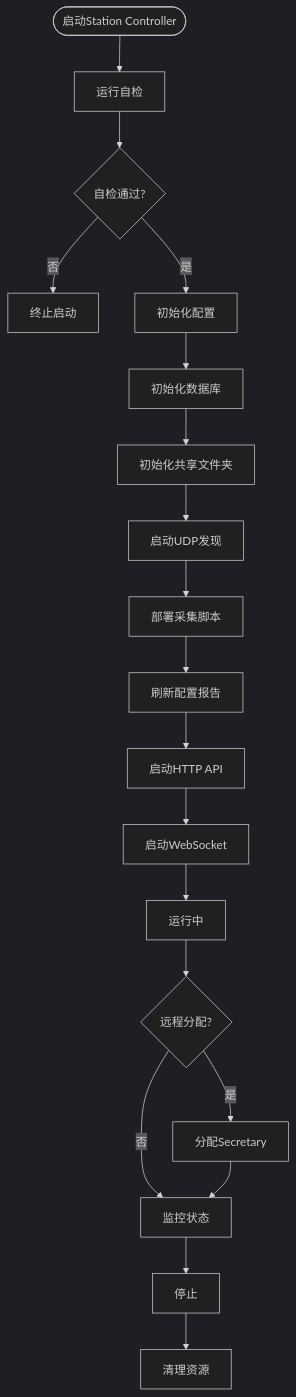
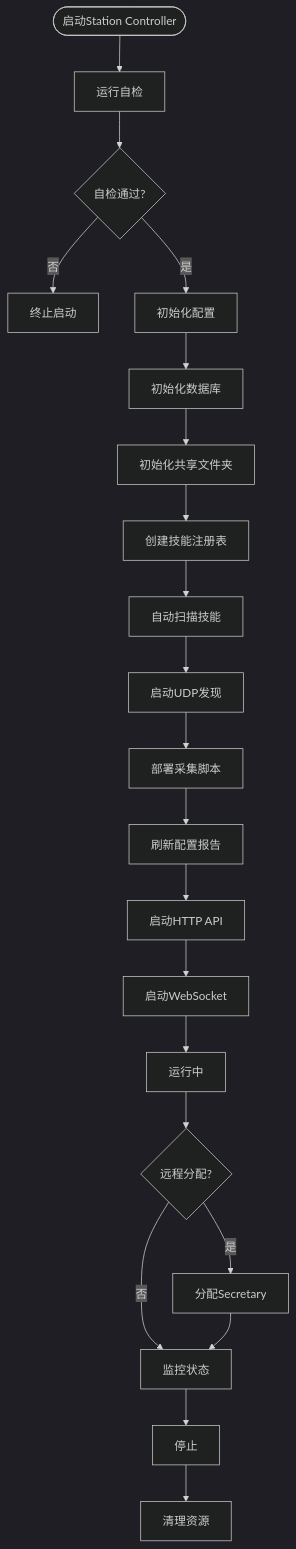
The fifth of 16 diagrams in .qoder/repowiki/zh/content/核心模块/工作站管理模块.md (targalian/Personal-distributed-workstation), drawn with Mermaid (dark theme) before and after one commit. The commit also changed other lines of this file and 92 other files, not shown here.

````diff
--- a/.qoder/repowiki/zh/content/核心模块/工作站管理模块.md
+++ b/.qoder/repowiki/zh/content/核心模块/工作站管理模块.md
@@ -332,21 +378,23 @@
 ```mermaid
 flowchart TD
 Start([启动Station Controller]) --> Preflight[运行自检]
 Preflight --> CheckOK{自检通过?}
 CheckOK --> |否| Abort[终止启动]
 CheckOK --> |是| InitConfig[初始化配置]
 InitConfig --> InitDB[初始化数据库]
 InitDB --> InitShared[初始化共享文件夹]
-InitShared --> StartDiscovery[启动UDP发现]
+InitShared --> InitSkillRegistry[创建技能注册表]
+InitSkillRegistry --> ScanSkills[自动扫描技能]
+ScanSkills --> StartDiscovery[启动UDP发现]
 StartDiscovery --> DeployScript[部署采集脚本]
 DeployScript --> RefreshConfig[刷新配置报告]
 RefreshConfig --> StartAPI[启动HTTP API]
 StartAPI --> StartWS[启动WebSocket]
 StartWS --> Running[运行中]
 Running --> RemoteAssign{远程分配?}
 RemoteAssign --> |是| AssignSecretary[分配Secretary]
 RemoteAssign --> |否| Monitor[监控状态]
 AssignSecretary --> Monitor
 Monitor --> Stop[停止]
 Stop --> Cleanup[清理资源]
 ```
````
